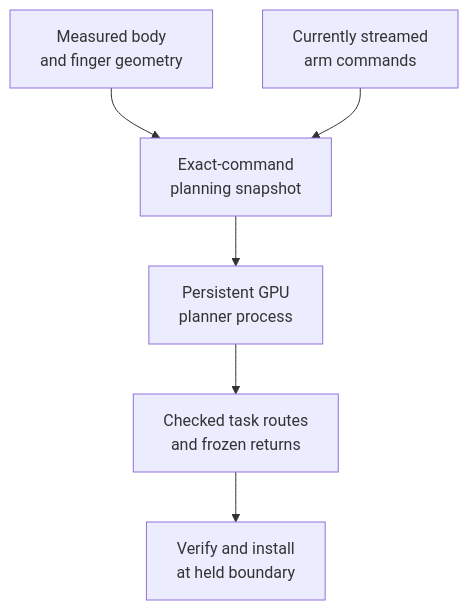
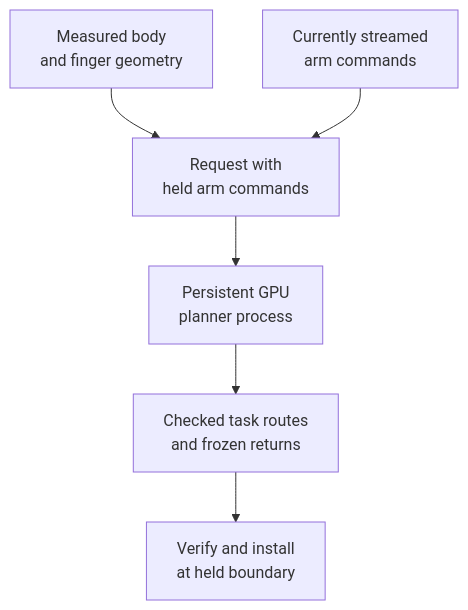
The diagram in docs/manipulation/planning.md (sri299792458/g1-research-docs), drawn with Mermaid before and after one commit. The commit also changed other lines of this file and 33 other files, not shown here.

First line of the commit message:
Improve reader guidance and replace redundant diagrams

````diff
--- a/docs/manipulation/planning.md
+++ b/docs/manipulation/planning.md
@@ -5,10 +28,10 @@
 ```mermaid
 flowchart TB
   accTitle: Planning across the control-process boundary
   accDescr: Measured body and hand geometry plus the current arm commands form a planning request. A persistent planner process solves and checks the route. The controller verifies the immutable result and installs it without changing the active command.
-  M["Measured body<br/>and finger geometry"] --> B["Exact-command<br/>planning snapshot"]
+  M["Measured body<br/>and finger geometry"] --> B["Request with<br/>held arm commands"]
   C["Currently streamed<br/>arm commands"] --> B
   B --> W["Persistent GPU<br/>planner process"]
   W --> P["Checked task routes<br/>and frozen returns"]
   P --> I["Verify and install<br/>at held boundary"]
 ```
````
